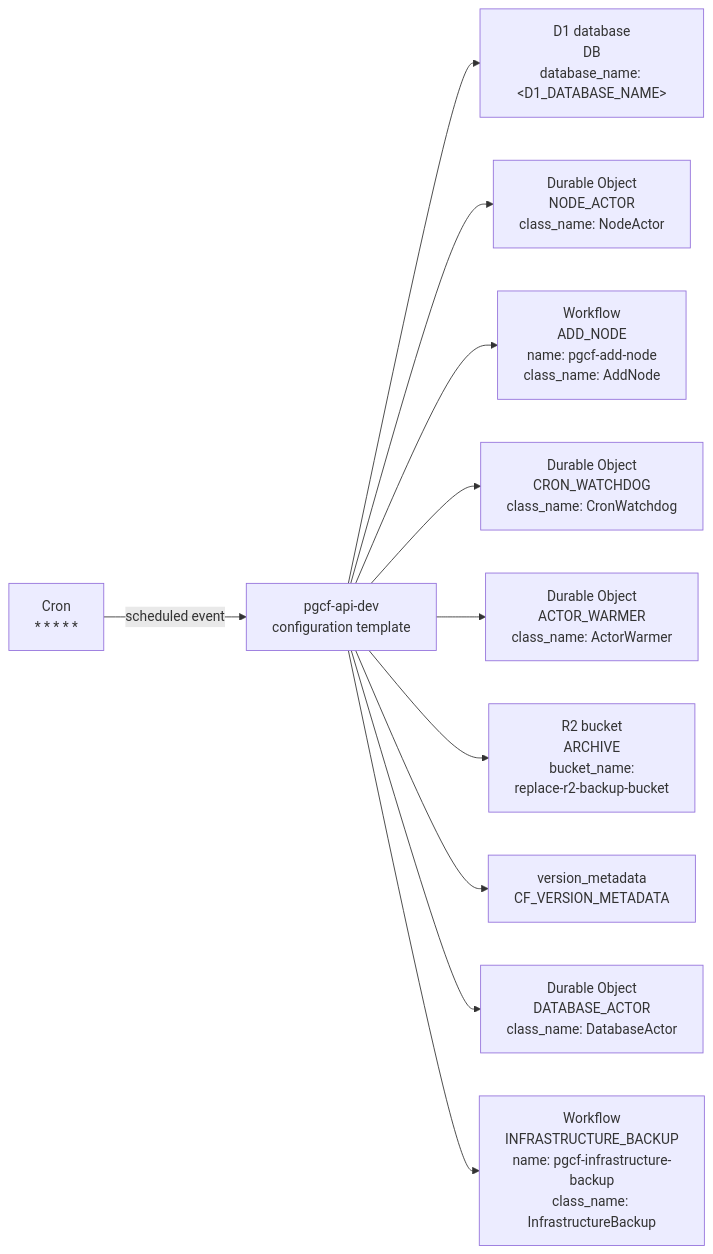
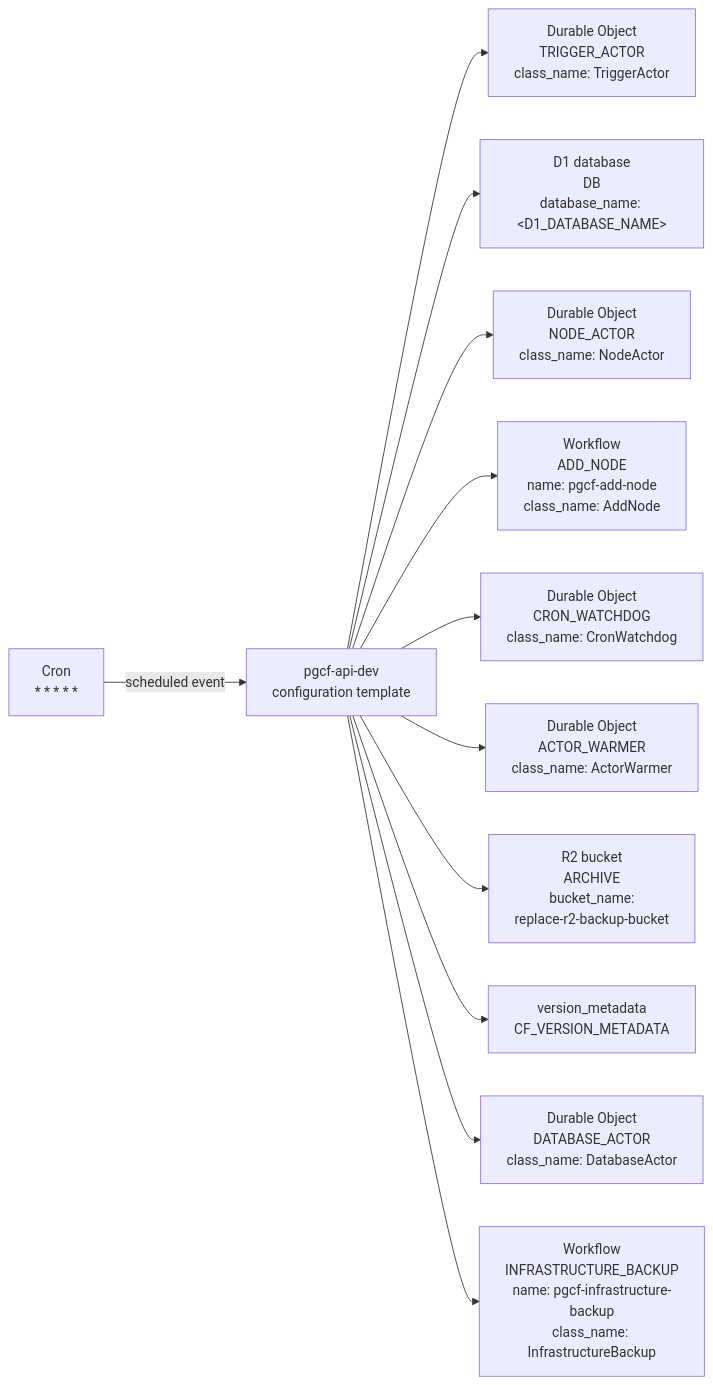
Before and after one commit to amerged-org/cloudflare-postgres: the diagram in docs/architecture/mermaider/api-resources.mmd, drawn with Mermaid. The commit also changed 53 other files, not shown here.

```diff
--- a/docs/architecture/mermaider/api-resources.mmd
+++ b/docs/architecture/mermaider/api-resources.mmd
@@ -1,22 +1,24 @@
 flowchart LR
     n_1d7911e4e1b9["Durable Object<br/>ACTOR_WARMER<br/>class_name: ActorWarmer"]
     n_839713e89618["Cron<br/>* * * * *"]
     n_f305dbc12c79["D1 database<br/>DB<br/>database_name: #60;D1_DATABASE_NAME#62;"]
     n_049ba2d64372["Workflow<br/>ADD_NODE<br/>name: pgcf-add-node<br/>class_name: AddNode"]
     n_36ffcdc5f79f["Workflow<br/>INFRASTRUCTURE_BACKUP<br/>name: pgcf-infrastructure-backup<br/>class_name: InfrastructureBackup"]
     n_85c654928d8c["version_metadata<br/>CF_VERSION_METADATA"]
     n_71083a5197e9["R2 bucket<br/>ARCHIVE<br/>bucket_name:<br/>replace-r2-backup-bucket"]
+    n_fb34ec2acd36["Durable Object<br/>TRIGGER_ACTOR<br/>class_name: TriggerActor"]
     n_056b63fe76be["Durable Object<br/>DATABASE_ACTOR<br/>class_name: DatabaseActor"]
     n_d0efe52f1f47["Durable Object<br/>CRON_WATCHDOG<br/>class_name: CronWatchdog"]
     n_7a30182df25a["pgcf-api-dev<br/>configuration template"]
     n_260ca5b8b289["Durable Object<br/>NODE_ACTOR<br/>class_name: NodeActor"]
+    n_7a30182df25a --> n_fb34ec2acd36
     n_7a30182df25a --> n_f305dbc12c79
     n_7a30182df25a --> n_260ca5b8b289
     n_839713e89618 -->|"scheduled event"| n_7a30182df25a
     n_7a30182df25a --> n_049ba2d64372
     n_7a30182df25a --> n_d0efe52f1f47
     n_7a30182df25a --> n_1d7911e4e1b9
     n_7a30182df25a --> n_71083a5197e9
     n_7a30182df25a --> n_85c654928d8c
     n_7a30182df25a --> n_056b63fe76be
     n_7a30182df25a --> n_36ffcdc5f79f
```
